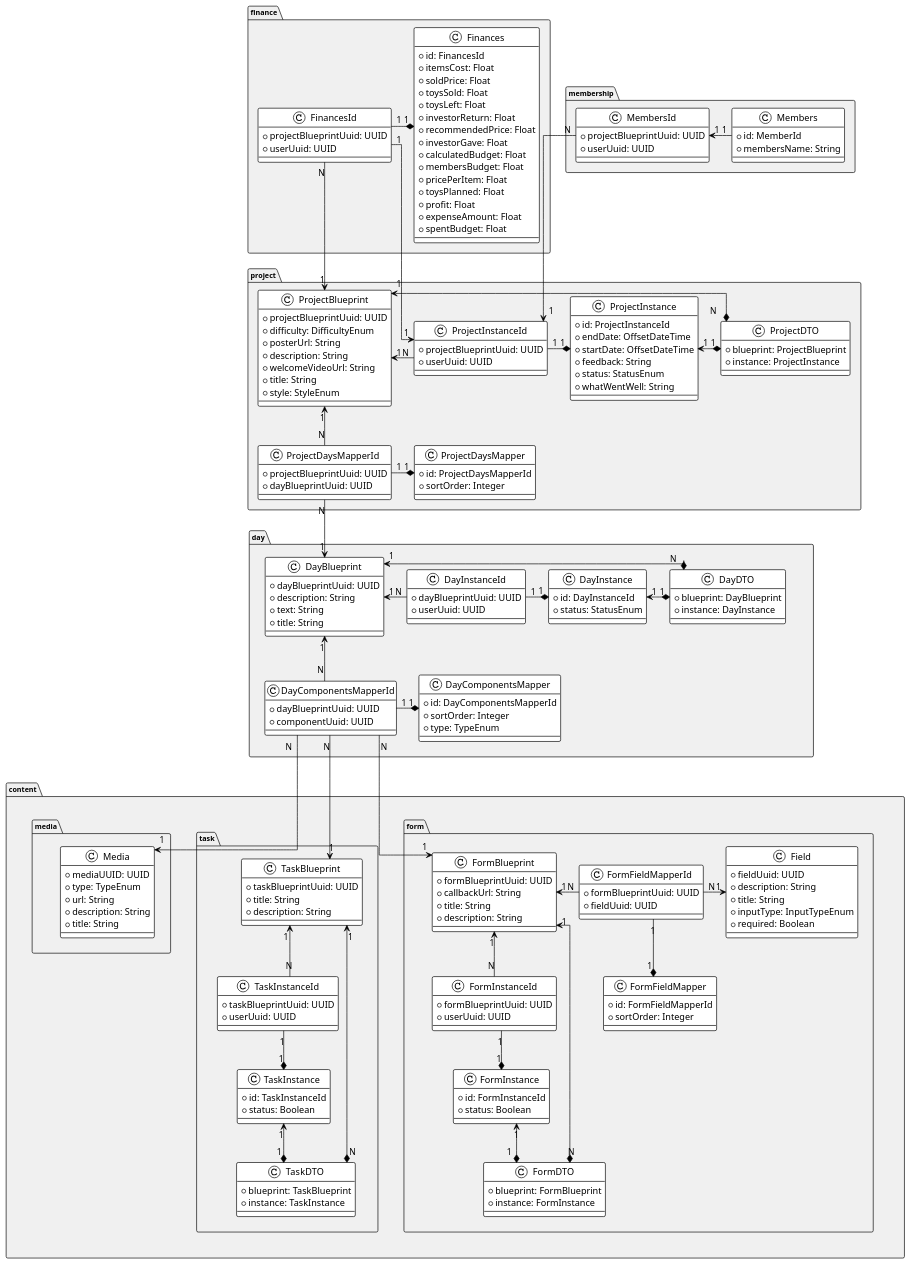
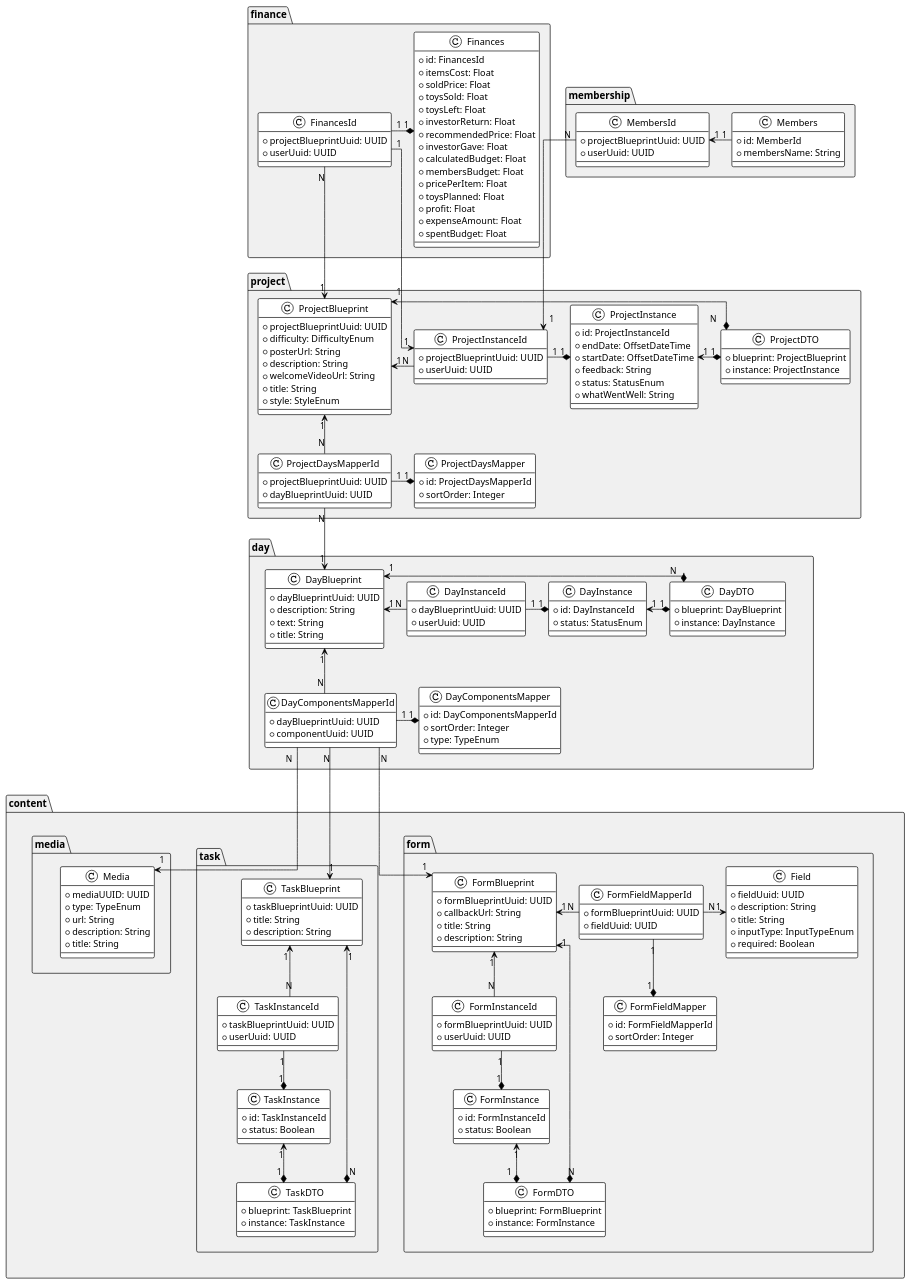
The diagram in docs/analysis/classes-diagram/classes-diag.plantuml (dmr4eg/la-infrastructure), drawn with PlantUML before and after one commit. The commit also changed 7 other files, not shown here.

Commit message:
changes in diagrams

```diff
--- a/docs/analysis/classes-diagram/classes-diag.plantuml
+++ b/docs/analysis/classes-diagram/classes-diag.plantuml
@@ -5,7 +5,7 @@
 skinparam linetype ortho
 
 skinparam package {
-    FontSize 11
+    FontSize 15
     FontStyle bold
     BackgroundColor #F0F0F0
 }
```
